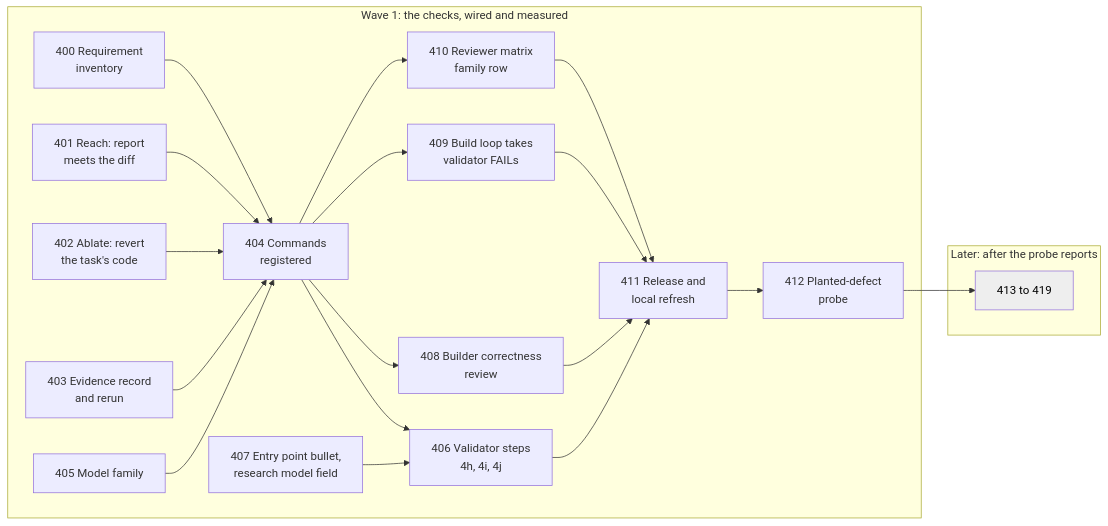
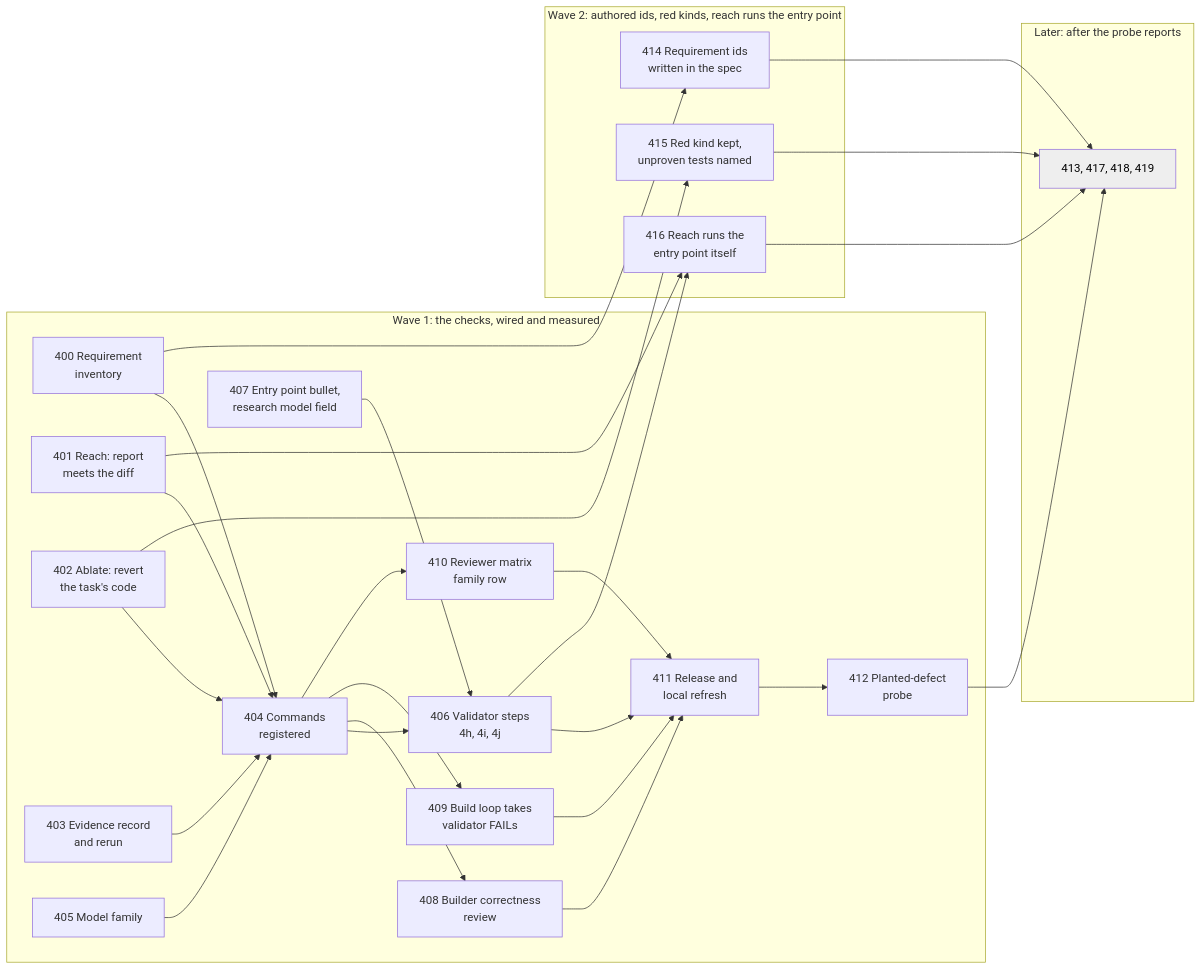
One commit to hodor/claude-compass changed the diagram in .compass/plans/PLAN-036-verification-beyond-test-pass.md. Above: the diagram before and after it, drawn with Mermaid. The commit also changed other lines of this file and 2 other files, not shown here.

First line of the commit message:
Detail PLAN-036 Wave 2 from Wave 1's merged commands

````diff
--- a/.compass/plans/PLAN-036-verification-beyond-test-pass.md
+++ b/.compass/plans/PLAN-036-verification-beyond-test-pass.md
@@ -20,27 +20,36 @@
 ```mermaid
 flowchart LR
   subgraph W1["Wave 1: the checks, wired and measured"]
     T400["400 Requirement<br/>inventory"]
     T401["401 Reach: report<br/>meets the diff"]
     T402["402 Ablate: revert<br/>the task's code"]
     T403["403 Evidence record<br/>and rerun"]
     T404["404 Commands<br/>registered"]
     T405["405 Model family"]
     T406["406 Validator steps<br/>4h, 4i, 4j"]
     T407["407 Entry point bullet,<br/>research model field"]
     T408["408 Builder correctness<br/>review"]
     T409["409 Build loop takes<br/>validator FAILs"]
     T410["410 Reviewer matrix<br/>family row"]
     T411["411 Release and<br/>local refresh"]
     T412["412 Planted-defect<br/>probe"]
   end
+  subgraph W2["Wave 2: authored ids, red kinds, reach runs the entry point"]
+    T414["414 Requirement ids<br/>written in the spec"]
+    T415["415 Red kind kept,<br/>unproven tests named"]
+    T416["416 Reach runs the<br/>entry point itself"]
+  end
   subgraph LT["Later: after the probe reports"]
-    L["413 to 419"]:::later
+    L["413, 417, 418, 419"]:::later
   end
   T400 & T401 & T402 & T403 --> T404
   T405 --> T404
   T404 --> T406 & T408 & T409 & T410
   T407 --> T406
   T406 & T408 & T409 & T410 --> T411 --> T412 --> L
+  T400 --> T414
+  T402 --> T415
+  T401 & T406 --> T416
+  T414 & T415 & T416 --> L
   classDef later fill:#eee,color:#000
 ```
````
